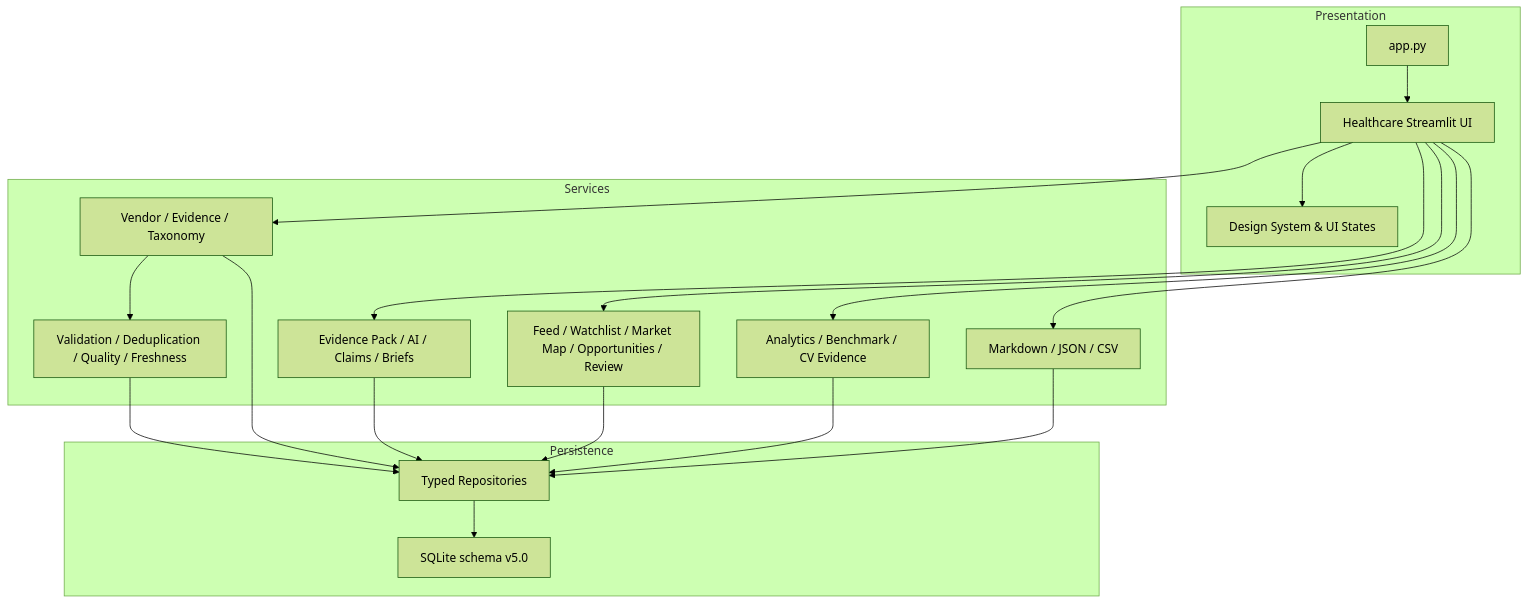
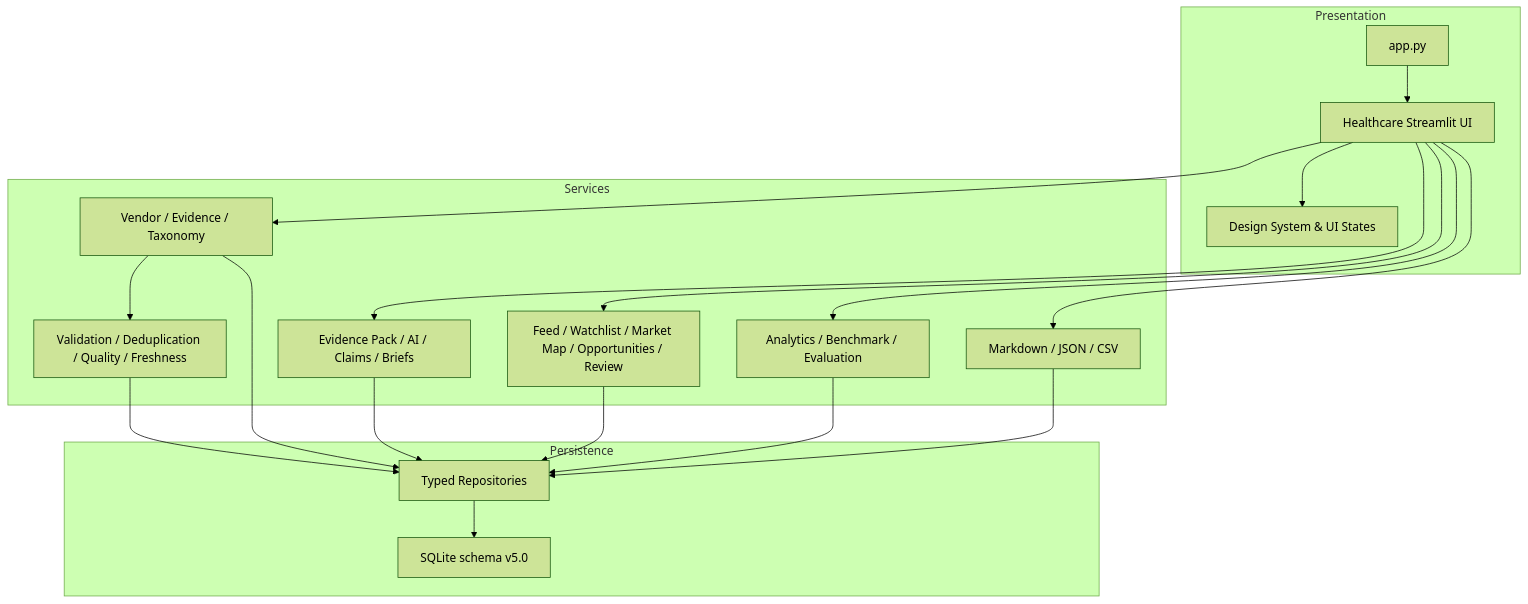
One commit to zhengyb-hub/healthcare-market-intelligence-agent changed the first of 2 diagrams in ARCHITECTURE.md. Above: the diagram before and after it, drawn with Mermaid (forest theme). The commit also changed other lines of this file and 13 other files, not shown here.

````diff
--- a/ARCHITECTURE.md
+++ b/ARCHITECTURE.md
@@ -7,33 +7,33 @@
 ```mermaid
 flowchart TB
     subgraph Presentation
         APP["app.py"] --> UI["Healthcare Streamlit UI"]
         UI --> COMPONENTS["Design System & UI States"]
     end
 
     subgraph Services
         FOUNDATION["Vendor / Evidence / Taxonomy"]
         QUALITY["Validation / Deduplication / Quality / Freshness"]
         INTELLIGENCE["Evidence Pack / AI / Claims / Briefs"]
         WORKFLOW["Feed / Watchlist / Market Map / Opportunities / Review"]
-        ANALYTICS["Analytics / Benchmark / CV Evidence"]
+        ANALYTICS["Analytics / Benchmark / Evaluation"]
         EXPORT["Markdown / JSON / CSV"]
     end
 
     subgraph Persistence
         REPOSITORIES["Typed Repositories"] --> SQLITE["SQLite schema v5.0"]
     end
 
     UI --> FOUNDATION
     UI --> INTELLIGENCE
     UI --> WORKFLOW
     UI --> ANALYTICS
     UI --> EXPORT
     FOUNDATION --> QUALITY
     QUALITY --> REPOSITORIES
     FOUNDATION --> REPOSITORIES
     INTELLIGENCE --> REPOSITORIES
     WORKFLOW --> REPOSITORIES
     ANALYTICS --> REPOSITORIES
     EXPORT --> REPOSITORIES
 ```
````
